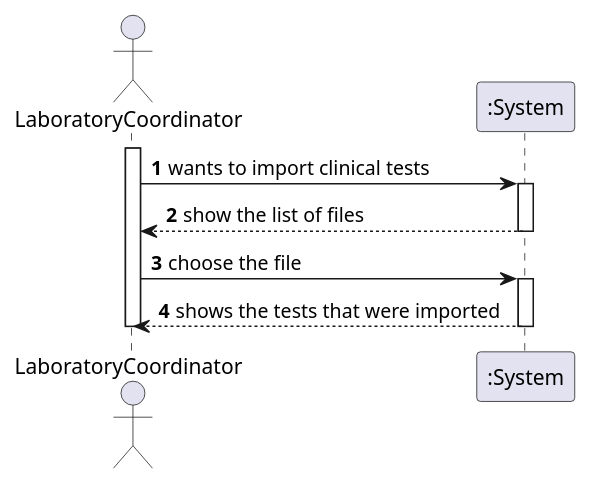
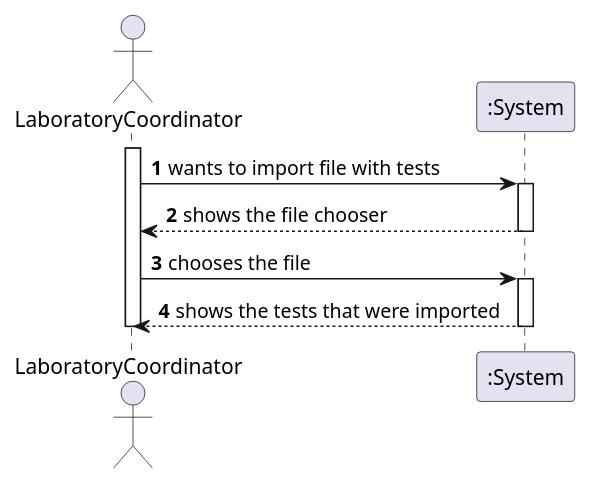
The diagram in docs/SprintD/US17/US17_SSD.puml (MarianaCLages/LAPR2), drawn with PlantUML before and after one commit. The commit also changed 10 other files, not shown here.

```diff
--- a/docs/SprintD/US17/US17_SSD.puml
+++ b/docs/SprintD/US17/US17_SSD.puml
@@ -1,17 +1,17 @@
 @startuml
 
 autonumber
 actor LaboratoryCoordinator as C
 participant ":System" as S
 activate C
-C -> S: wants to import clinical tests
+C -> S: wants to import file with tests
 activate S
-S --> C:show the list of files
+S --> C: shows the file chooser
 deactivate S
-C -> S:choose the file
+C -> S: chooses the file
 activate S
 S --> C: shows the tests that were imported
 deactivate S
 
 deactivate C
 @enduml
```
